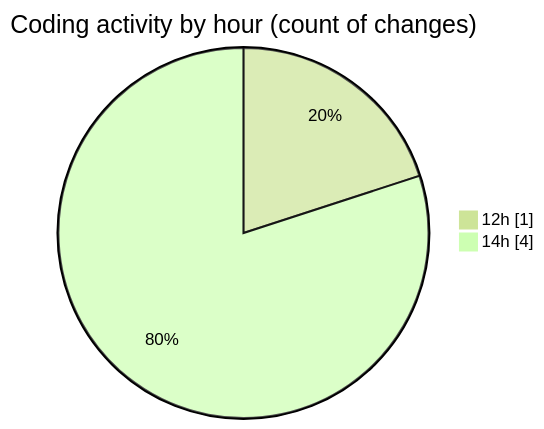
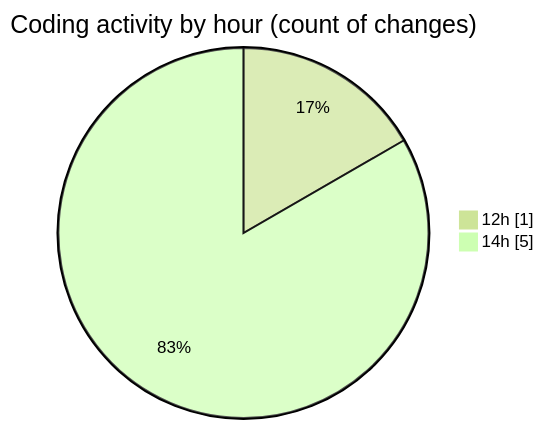
The second of 2 diagrams in 2026-09-15/untitled__workspace_/README.md (debugP/code-tracking), drawn with Mermaid (forest theme) before and after one commit. The commit also changed other lines of this file and 1 other file, not shown here.

````diff
--- a/2026-09-15/untitled__workspace_/README.md
+++ b/2026-09-15/untitled__workspace_/README.md
@@ -31,6 +31,6 @@
 ```mermaid
 pie showData
 title Coding activity by hour (count of changes)
 "12h" : 1
-"14h" : 4
+"14h" : 5
 ```
````
